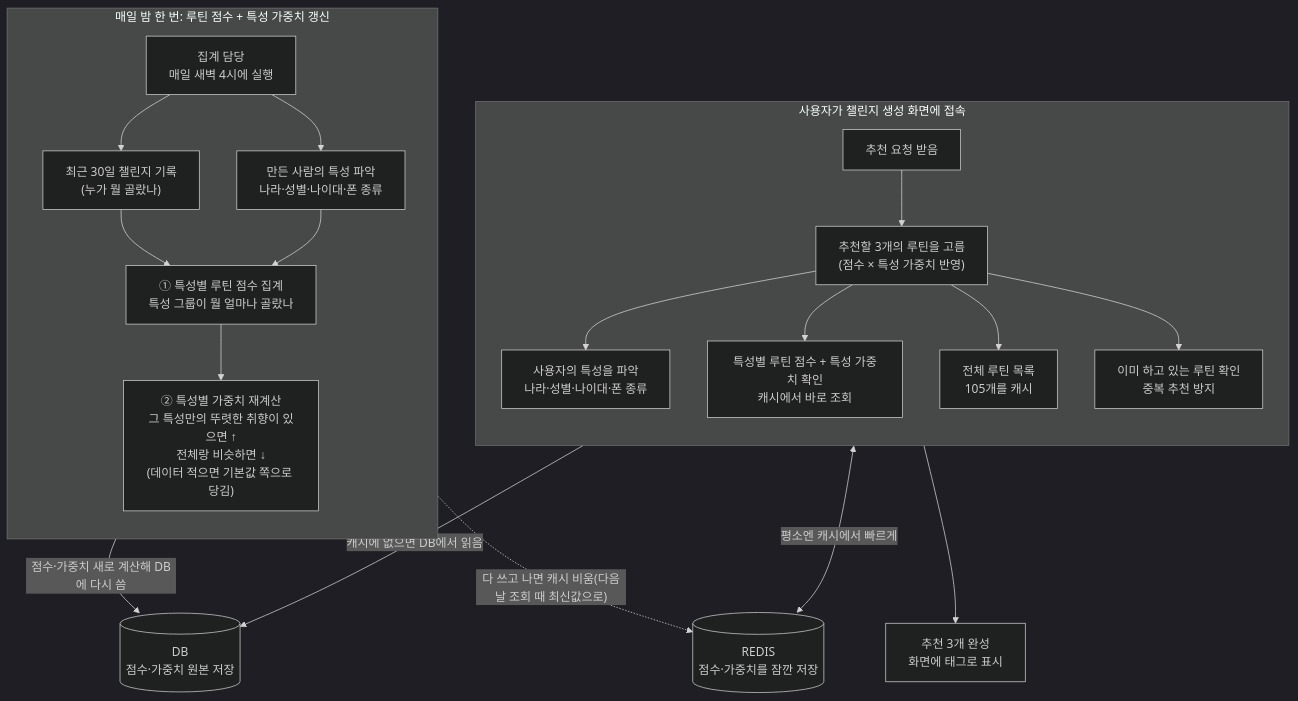
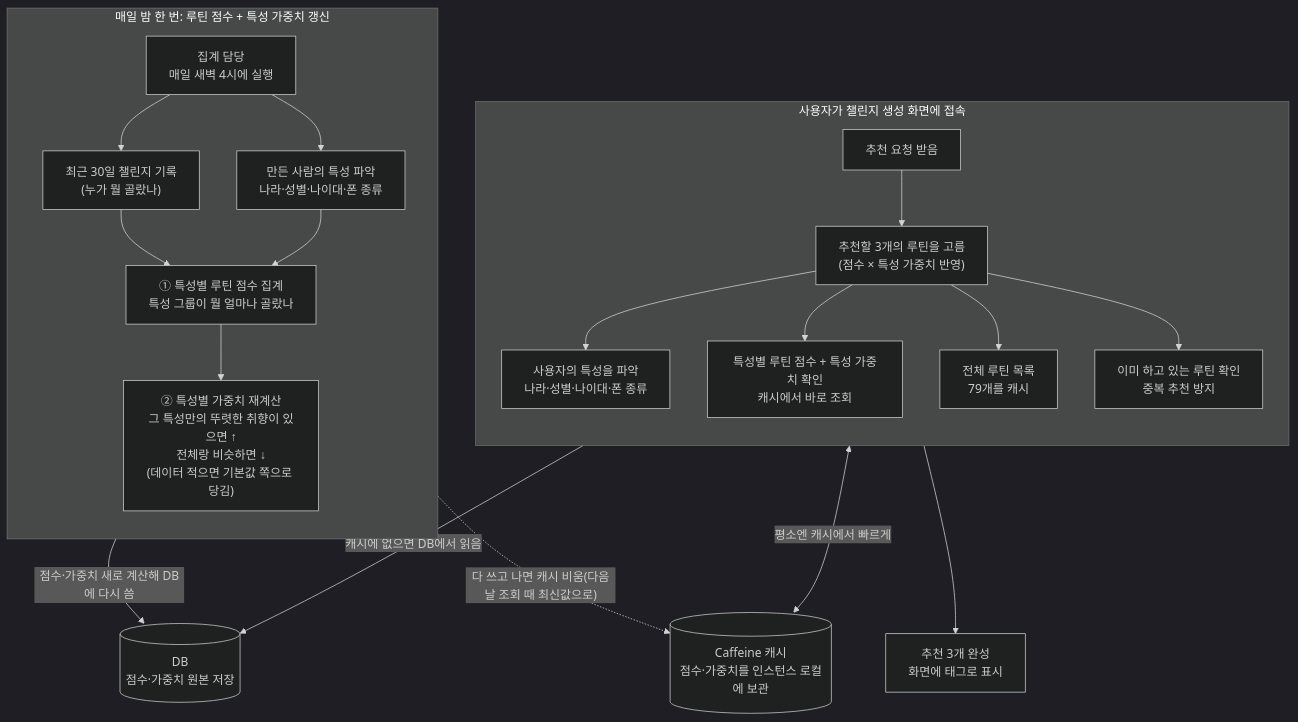
One commit to RuleUp-ASM/Backend changed the first of 6 diagrams in docs/recommend/추천 시스템 - 루틴 카테고리 추천.md. Above: the diagram before and after it, drawn with Mermaid (dark theme). The commit also changed other lines of this file and 7 other files, not shown here.

````diff
--- a/docs/recommend/추천 시스템 - 루틴 카테고리 추천.md
+++ b/docs/recommend/추천 시스템 - 루틴 카테고리 추천.md
@@ -68,42 +68,42 @@
 ```mermaid
 flowchart TB
     subgraph READ["사용자가 챌린지 생성 화면에 접속"]
         direction TB
         CTRL["추천 요청 받음"]
         RS["추천할 3개의 루틴을 고름<br/>(점수 × 특성 가중치 반영)"]
         SR["사용자의 특성을 파악<br/>나라·성별·나이대·폰 종류"]
         SSR["특성별 루틴 점수 + 특성 가중치 확인<br/>캐시에서 바로 조회"]
-        CAT["전체 루틴 목록<br/>105개를 캐시"]
+        CAT["전체 루틴 목록<br/>79개를 캐시"]
         MEM["이미 하고 있는 루틴 확인<br/>중복 추천 방지"]
         CTRL --> RS
         RS --> SR
         RS --> SSR
         RS --> CAT
         RS --> MEM
     end
 
     subgraph WRITE["매일 밤 한 번: 루틴 점수 + 특성 가중치 갱신"]
         direction TB
         BATCH["집계 담당<br/>매일 새벽 4시에 실행"]
         CH["최근 30일 챌린지 기록<br/>(누가 뭘 골랐나)"]
         SR2["만든 사람의 특성 파악<br/>나라·성별·나이대·폰 종류"]
         AGG["① 특성별 루틴 점수 집계<br/>특성 그룹이 뭘 얼마나 골랐나"]
         WGT["② 특성별 가중치 재계산<br/>그 특성만의 뚜렷한 취향이 있으면 ↑<br/>전체랑 비슷하면 ↓<br/>(데이터 적으면 기본값 쪽으로 당김)"]
         BATCH --> CH
         BATCH --> SR2
         CH --> AGG
         SR2 --> AGG
         AGG --> WGT
     end
 
-    REDIS[("REDIS<br/>점수·가중치를 잠깐 저장")]
+    CACHE[("Caffeine 캐시<br/>점수·가중치를 인스턴스 로컬에 보관")]
     DB[("DB<br/>점수·가중치 원본 저장")]
 
     SSR -->|"캐시에 없으면 DB에서 읽음"| DB
-    SSR <-->|"평소엔 캐시에서 빠르게"| REDIS
+    SSR <-->|"평소엔 캐시에서 빠르게"| CACHE
     WGT -->|"점수·가중치 새로 계산해 DB에 다시 씀"| DB
-    WGT -.->|"다 쓰고 나면 캐시 비움(다음날 조회 때 최신값으로)"| REDIS
+    WGT -.->|"다 쓰고 나면 캐시 비움(다음날 조회 때 최신값으로)"| CACHE
 
     RESP["추천 3개 완성<br/>화면에 태그로 표시"]
     RS --> RESP
 ```
````
